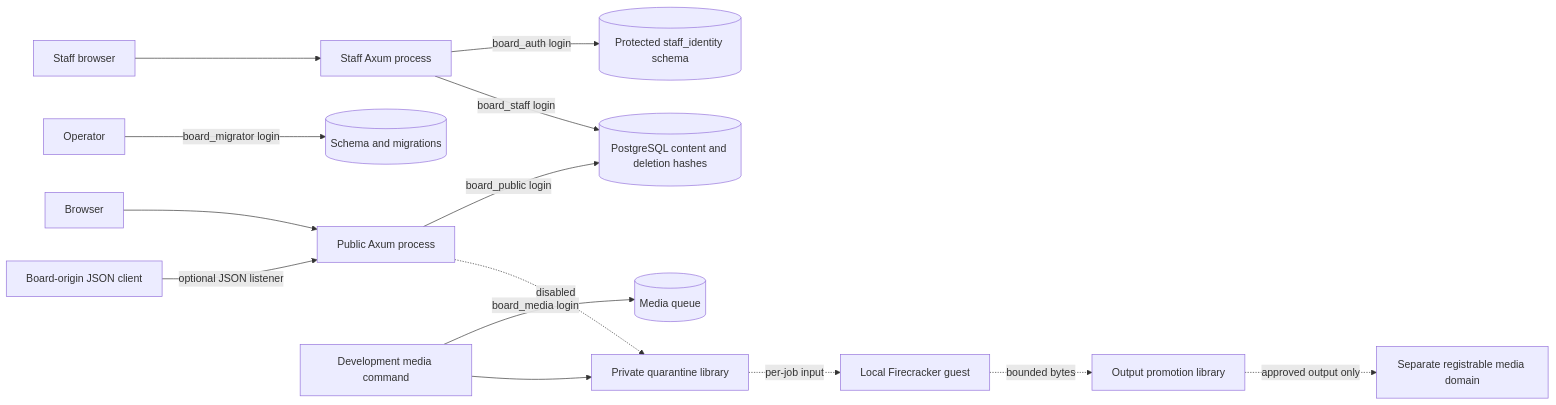
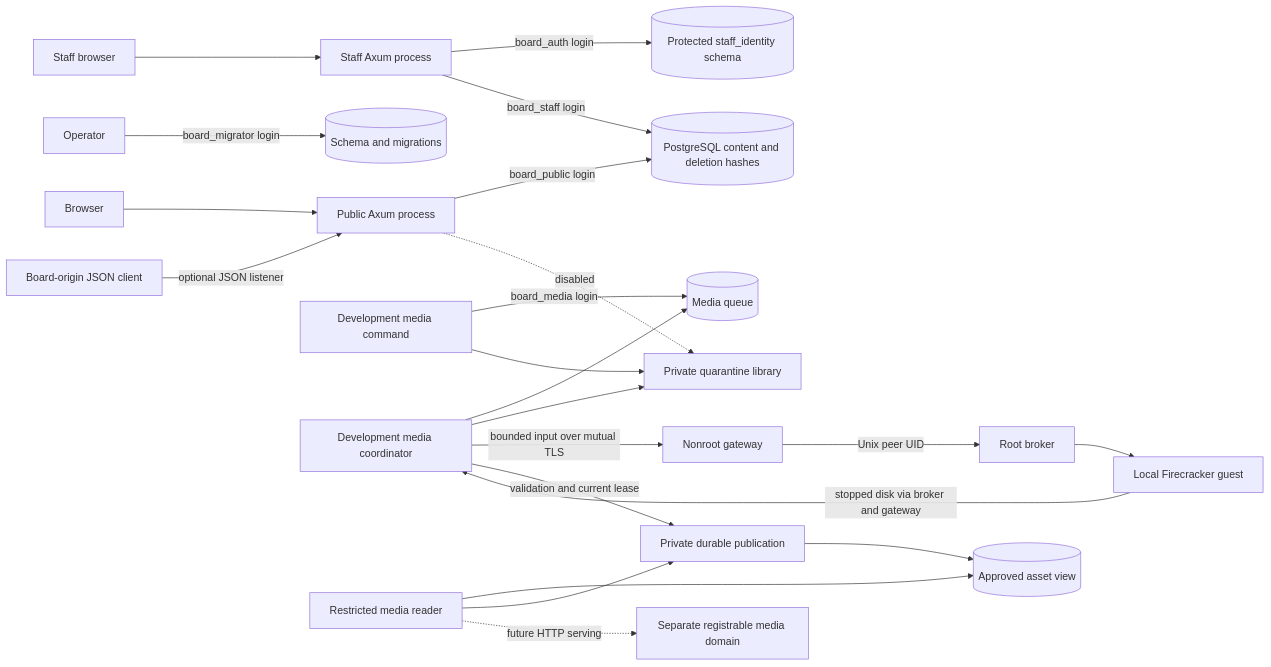
Before and after one commit to frankischilling/26chan: the diagram in docs/architecture.md, drawn with Mermaid. The commit also changed other lines of this file and 8 other files, not shown here.

````diff
--- a/docs/architecture.md
+++ b/docs/architecture.md
@@ -5,16 +5,24 @@
 ```mermaid
 flowchart LR
   Browser --> Public[Public Axum process]
   APIClient[Board-origin JSON client] -->|optional JSON listener| Public
   Public -->|board_public login| Content[(PostgreSQL content and deletion hashes)]
   Operator -->|board_migrator login| DB[(Schema and migrations)]
   StaffBrowser[Staff browser] --> Staff[Staff Axum process]
   Staff -->|board_auth login| Identity[(Protected staff_identity schema)]
   Staff -->|board_staff login| Content
   Intake[Development media command] -->|board_media login| Queue[(Media queue)]
   Intake --> Quarantine[Private quarantine library]
   Public -. disabled .-> Quarantine
-  Quarantine -. per-job input .-> Worker[Local Firecracker guest]
-  Worker -. bounded bytes .-> Promotion[Output promotion library]
-  Promotion -. approved output only .-> Media[Separate registrable media domain]
+  Coordinator[Development media coordinator] --> Queue
+  Coordinator --> Quarantine
+  Coordinator -->|bounded input over mutual TLS| Gateway[Nonroot gateway]
+  Gateway -->|Unix peer UID| Broker[Root broker]
+  Broker --> Worker[Local Firecracker guest]
+  Worker -->|stopped disk via broker and gateway| Coordinator
+  Coordinator -->|validation and current lease| Publication[Private durable publication]
+  Publication --> Approved[(Approved asset view)]
+  Reader[Restricted media reader] --> Approved
+  Reader --> Publication
+  Reader -. future HTTP serving .-> Media[Separate registrable media domain]
 ```
````
